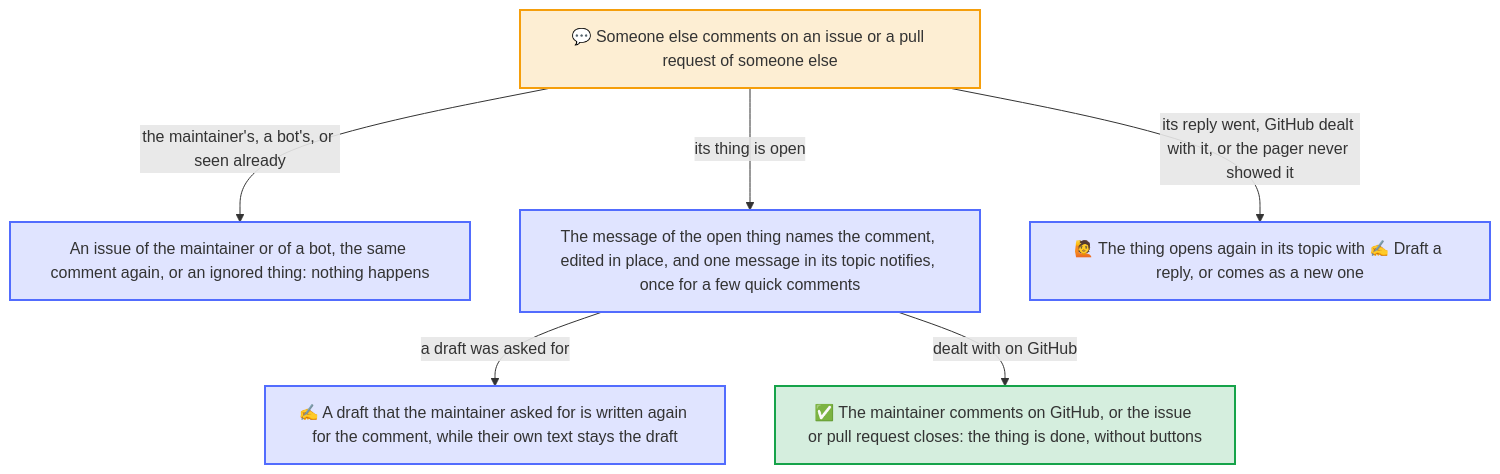
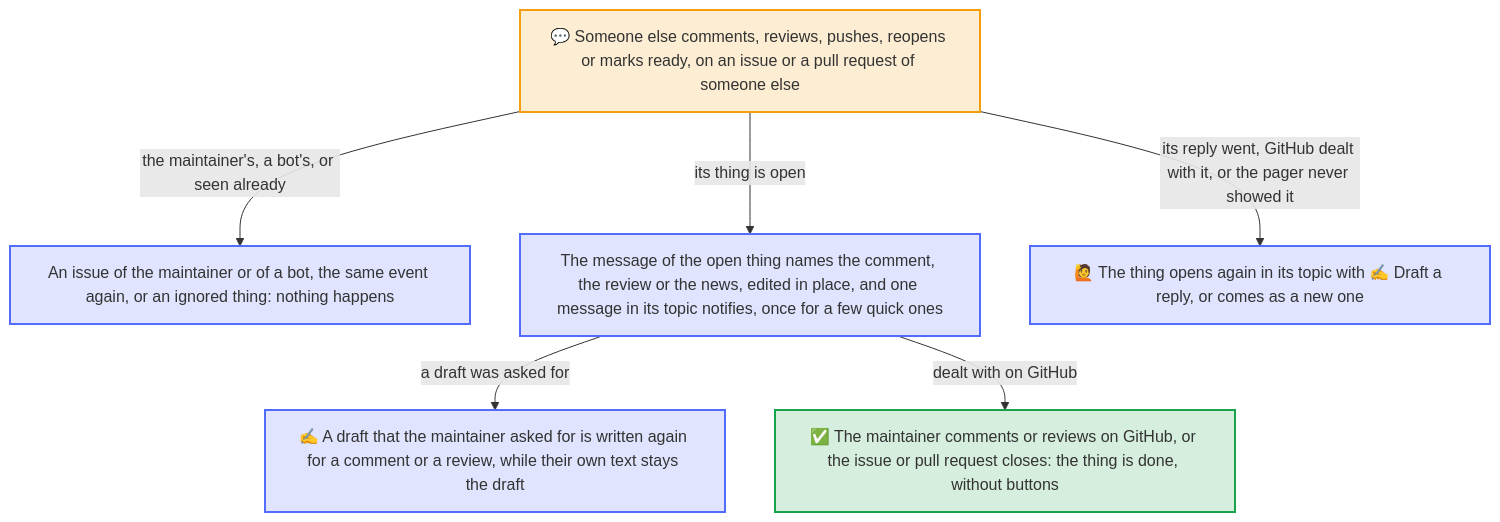
Before and after one commit to Dennis-Otto/dennis-otto-pager: the diagram in docs/diagrams/the-comments-of-a-contribution.mmd, drawn with Mermaid. The commit also changed 25 other files, not shown here.

First line of the commit message:
feat: a review, new commits or a reopen by a contributor page the maintainer (#201)

```diff
--- a/docs/diagrams/the-comments-of-a-contribution.mmd
+++ b/docs/diagrams/the-comments-of-a-contribution.mmd
@@ -1,28 +1,28 @@
 ---
 config:
   flowchart:
     wrappingWidth: 400
 ---
 flowchart TB
     accTitle: The comments of a contribution
-    accDescr: Someone other than the maintainer or a bot comments on an issue or a pull request of someone else. A comment on one of the maintainer or of a bot, the same comment again and an ignored thing end there. A thing that is open names the comment in its message, edited in place, and one message below it in its topic notifies, once for a few quick comments; a draft that the maintainer asked for is written again for the comment, while a text that they wrote themselves stays the draft. A thing whose reply went, or that GitHub dealt with, opens again in its topic with Draft a reply, and an issue that the pager never showed comes as a new thing. When the maintainer comments on GitHub itself, or the issue or the pull request closes, the thing is done: its buttons go, and its topic gets a check mark.
+    accDescr: Someone other than the maintainer or a bot comments on, reviews, pushes new commits to, reopens or makes ready for review an issue or a pull request of someone else. One of the maintainer or of a bot, the same event again and an ignored thing end there. A thing that is open names the comment, the review or the news in its message, edited in place, and one message below it in its topic notifies, once for a few quick ones; a draft that the maintainer asked for is written again for a comment or a review, while a text that they wrote themselves stays the draft. A thing whose reply went, or that GitHub dealt with, such as with a request for changes, opens again in its topic with Draft a reply, and an issue that the pager never showed comes as a new thing. When the maintainer comments or reviews on GitHub itself, or the issue or the pull request closes, the thing is done: its buttons go, and its topic gets a check mark.
 
-    asked["`**💬** Someone else comments on an issue or a pull request of someone else`"]
-    quiet["`An issue of the maintainer or of a bot, the same comment again, or an ignored thing: nothing happens`"]
-    open["The message of the open thing names the comment, edited in place, and one message in its topic notifies, once for a few quick comments"]
-    draft["`**✍️** A draft that the maintainer asked for is written again for the comment, while their own text stays the draft`"]
+    asked["`**💬** Someone else comments, reviews, pushes, reopens or marks ready, on an issue or a pull request of someone else`"]
+    quiet["`An issue of the maintainer or of a bot, the same event again, or an ignored thing: nothing happens`"]
+    open["The message of the open thing names the comment, the review or the news, edited in place, and one message in its topic notifies, once for a few quick ones"]
+    draft["`**✍️** A draft that the maintainer asked for is written again for a comment or a review, while their own text stays the draft`"]
     again["`**🙋** The thing opens again in its topic with ✍️ Draft a reply, or comes as a new one`"]
-    ended["`**✅** The maintainer comments on GitHub, or the issue or pull request closes: the thing is done, without buttons`"]
+    ended["`**✅** The maintainer comments or reviews on GitHub, or the issue or pull request closes: the thing is done, without buttons`"]
 
     asked -- "the maintainer's, a bot's, or seen already" --> quiet
     asked -- "its thing is open" --> open
     asked -- "its reply went, GitHub dealt with it, or the pager never showed it" --> again
     open -- "a draft was asked for" --> draft
     open -- "dealt with on GitHub" --> ended
 
     classDef you fill:#f59e0b2e,stroke:#f59e0b,stroke-width:2px
     classDef bot fill:#526cfe2e,stroke:#526cfe,stroke-width:2px
     classDef done fill:#16a34a2e,stroke:#16a34a,stroke-width:2px
     class asked you
     class quiet,open,draft,again bot
     class ended done
```
